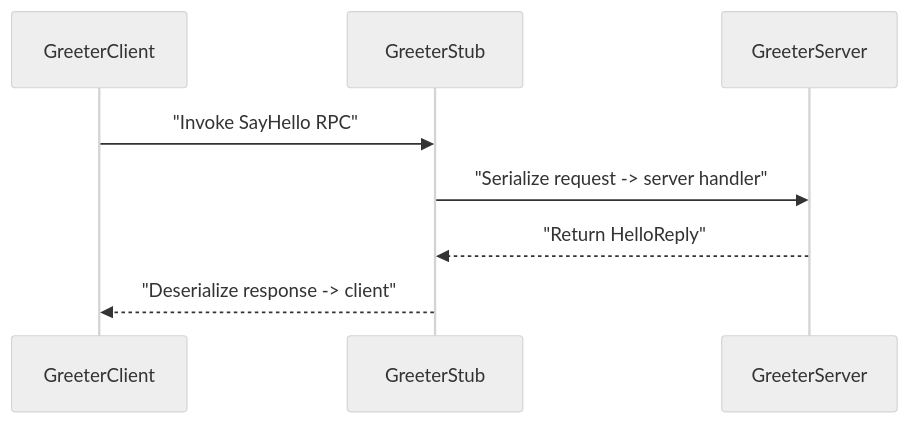
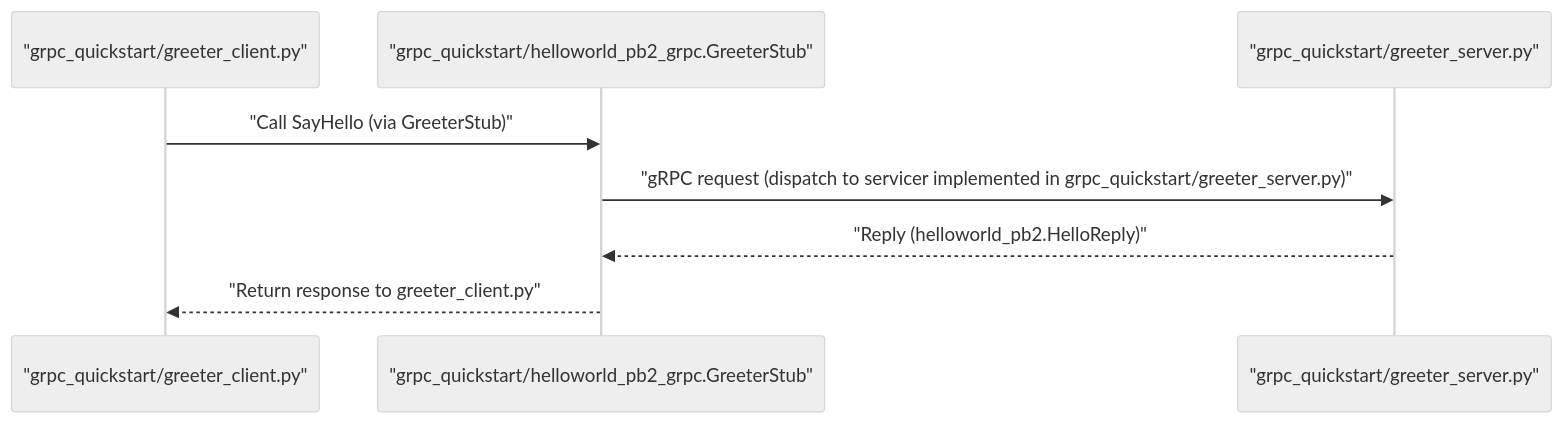
Before and after one commit to YusuffBulbul/GRPC_calisma: the second of 2 diagrams in README_ARCH.md, drawn with Mermaid (neutral theme). The commit also changed other lines of this file, not shown here.

````diff
--- a/README_ARCH.md
+++ b/README_ARCH.md
@@ -94,12 +121,11 @@
 ```mermaid
 sequenceDiagram
-  participant GreeterClient
-  participant GreeterStub
-  participant GreeterServer
-
-  GreeterClient->>GreeterStub: "Invoke SayHello RPC"
-  GreeterStub->>GreeterServer: "Serialize request -> server handler"
-  GreeterServer-->>GreeterStub: "Return HelloReply"
-  GreeterStub-->>GreeterClient: "Deserialize response -> client"
+participant Client as "grpc_quickstart/greeter_client.py"
+participant Stub as "grpc_quickstart/helloworld_pb2_grpc.GreeterStub"
+participant Server as "grpc_quickstart/greeter_server.py"
+Client ->> Stub: "Call SayHello (via GreeterStub)"
+Stub ->> Server: "gRPC request (dispatch to servicer implemented in grpc_quickstart/greeter_server.py)"
+Server -->> Stub: "Reply (helloworld_pb2.HelloReply)"
+Stub -->> Client: "Return response to greeter_client.py"
 
 ```
````
